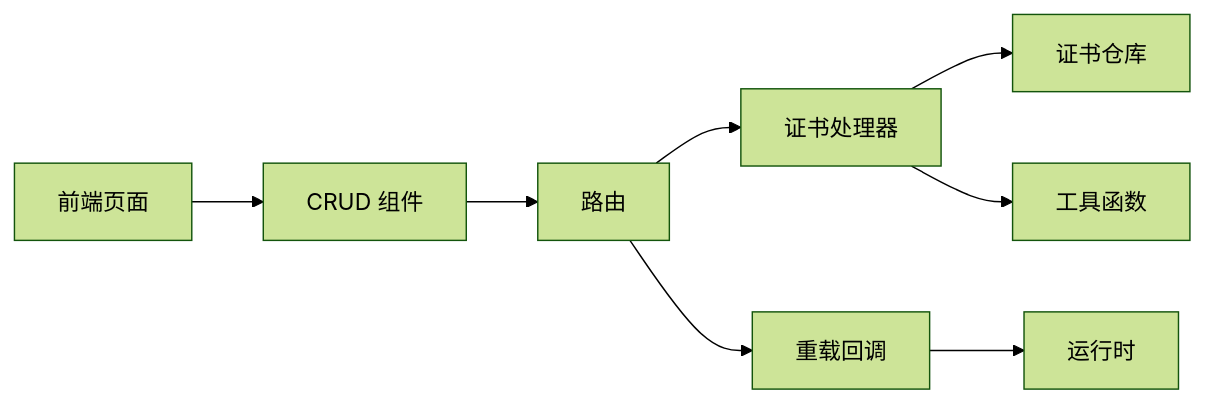
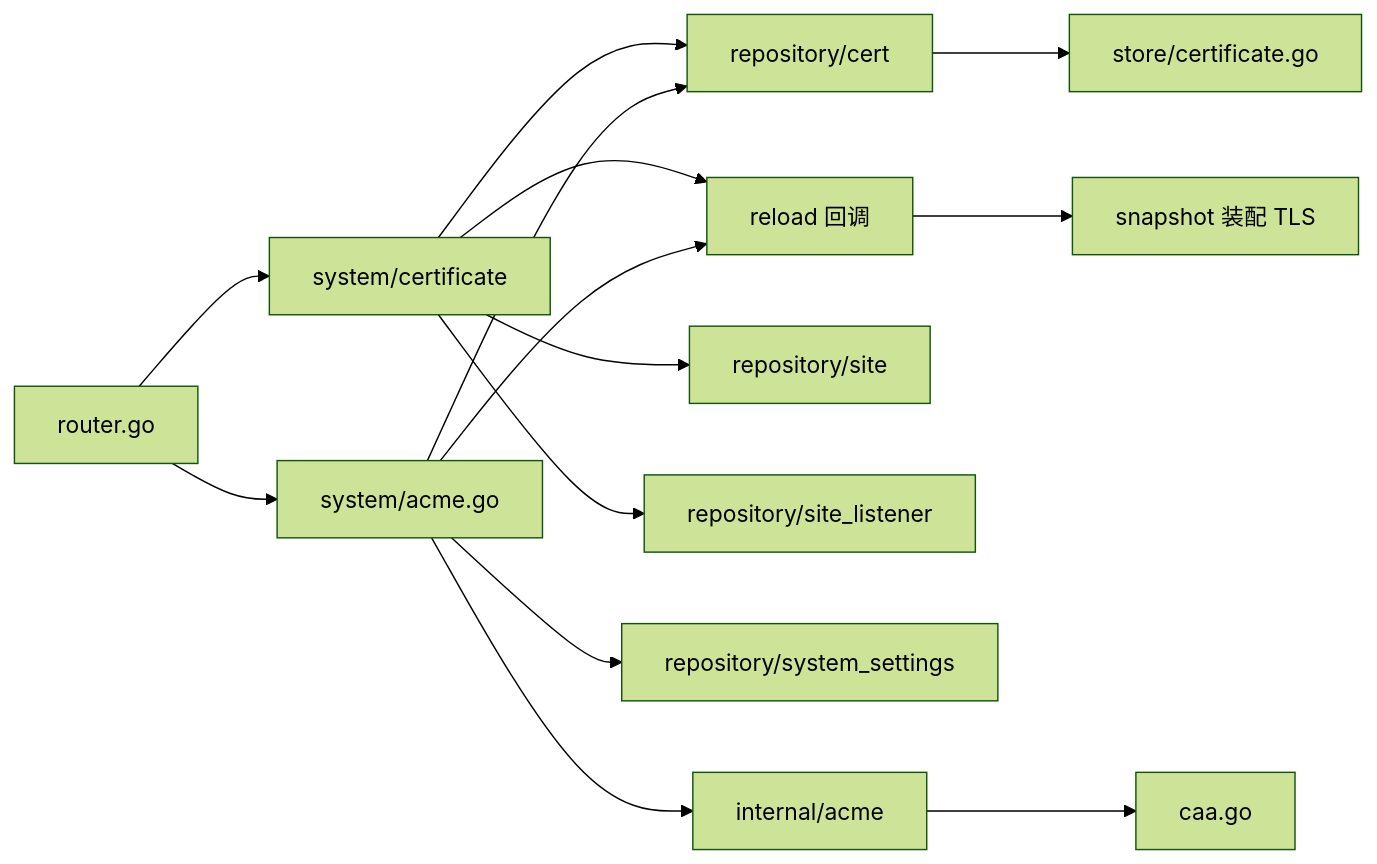
One commit to x01n/My-OpenWaf changed the seventh of 8 diagrams in docs/管理 API 系统/证书管理 API.md. Above: the diagram before and after it, drawn with Mermaid (forest theme). The commit also changed other lines of this file and 622 other files, not shown here.

````diff
--- a/docs/管理 API 系统/证书管理 API.md
+++ b/docs/管理 API 系统/证书管理 API.md
@@ -248,10 +502,16 @@
 ```mermaid
 graph LR
-Handler["证书处理器"] --> Repo["证书仓库"]
-Handler --> Utils["工具函数"]
-Router["路由"] --> Handler
-Router --> Reload["重载回调"]
-FE["前端页面"] --> CRUD["CRUD 组件"]
-CRUD --> Router
-Reload --> Runtime["运行时"]
+ROUTER["router.go"] --> CH["system/certificate"]
+ROUTER --> AH["system/acme.go"]
+CH --> CREPO["repository/cert"]
+AH --> CREPO
+AH --> ACS["internal/acme"]
+ACS --> CAA["caa.go"]
+CH --> SITE["repository/site"]
+CH --> LIS["repository/site_listener"]
+AH --> SET["repository/system_settings"]
+CREPO --> MODEL["store/certificate.go"]
+CH --> RELOAD["reload 回调"]
+AH --> RELOAD
+RELOAD --> SNAP["snapshot 装配 TLS"]
 ```
````
